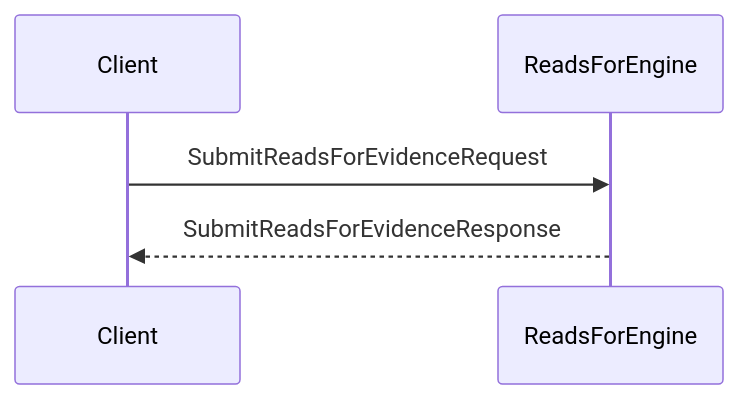
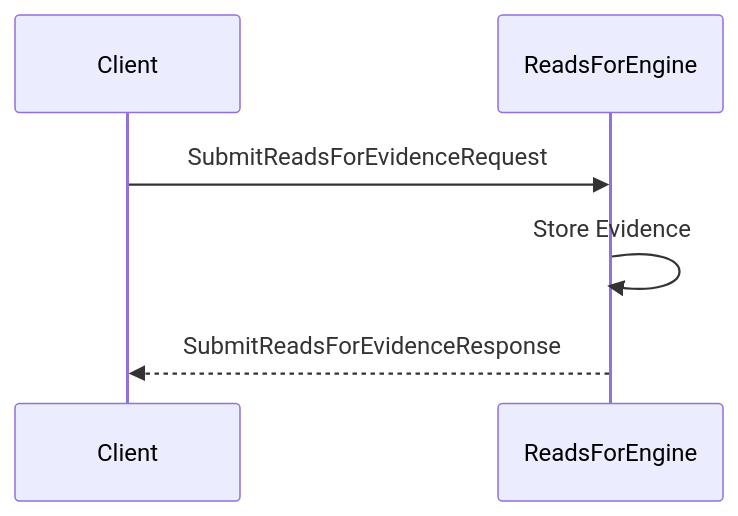
Before and after one commit to anoma/nspec: the second of 2 diagrams in docs/node_architecture/engines/reads_for_overview.juvix.md, drawn with Mermaid. The commit also changed other lines of this file and 31 other files, not shown here.

````diff
--- a/docs/node_architecture/engines/reads_for_overview.juvix.md
+++ b/docs/node_architecture/engines/reads_for_overview.juvix.md
@@ -157,8 +175,9 @@
 ```mermaid
 sequenceDiagram
     participant Client
     participant ReadsForEngine
 
     Client ->> ReadsForEngine: SubmitReadsForEvidenceRequest
+    ReadsForEngine ->> ReadsForEngine: Store Evidence
     ReadsForEngine -->> Client: SubmitReadsForEvidenceResponse
 ```
````
